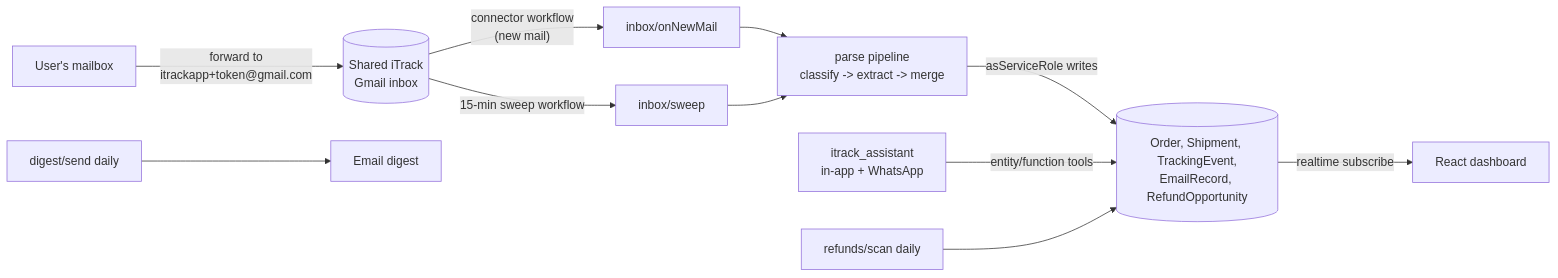
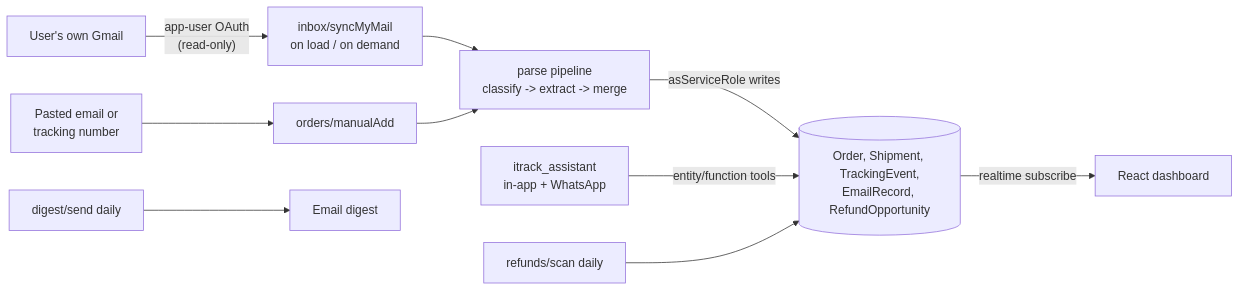
The diagram in README.md (roishmuel14/itrack), drawn with Mermaid before and after one commit. The commit also changed other lines of this file and 24 other files, not shown here.

First line of the commit message:
PIVOT: per-user Gmail OAuth replaces shared-inbox forwarding (Roi's decision)

````diff
--- a/README.md
+++ b/README.md
@@ -20,13 +20,12 @@
 ```mermaid
 flowchart LR
-  U[User's mailbox] -- "forward to\nitrackapp+token@gmail.com" --> G[(Shared iTrack\nGmail inbox)]
-  G -- "connector workflow\n(new mail)" --> F1[inbox/onNewMail]
-  G -- "15-min sweep workflow" --> F2[inbox/sweep]
+  U[User's own Gmail] -- "app-user OAuth\n(read-only)" --> F1[inbox/syncMyMail\non load / on demand]
+  M[Pasted email or\ntracking number] --> F3[orders/manualAdd]
   F1 --> P[parse pipeline\nclassify -> extract -> merge]
-  F2 --> P
+  F3 --> P
   P -- asServiceRole writes --> DB[(Order, Shipment, TrackingEvent,\nEmailRecord, RefundOpportunity)]
   DB -- realtime subscribe --> W[React dashboard]
   A[itrack_assistant\nin-app + WhatsApp] -- entity/function tools --> DB
   C1[refunds/scan daily] --> DB
   C2[digest/send daily] --> E[Email digest]
 ```
````
